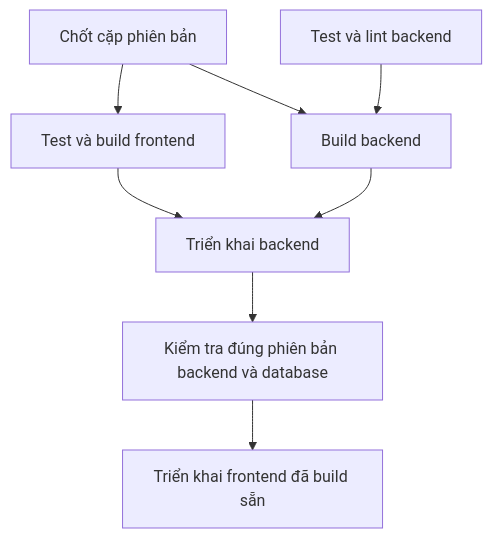
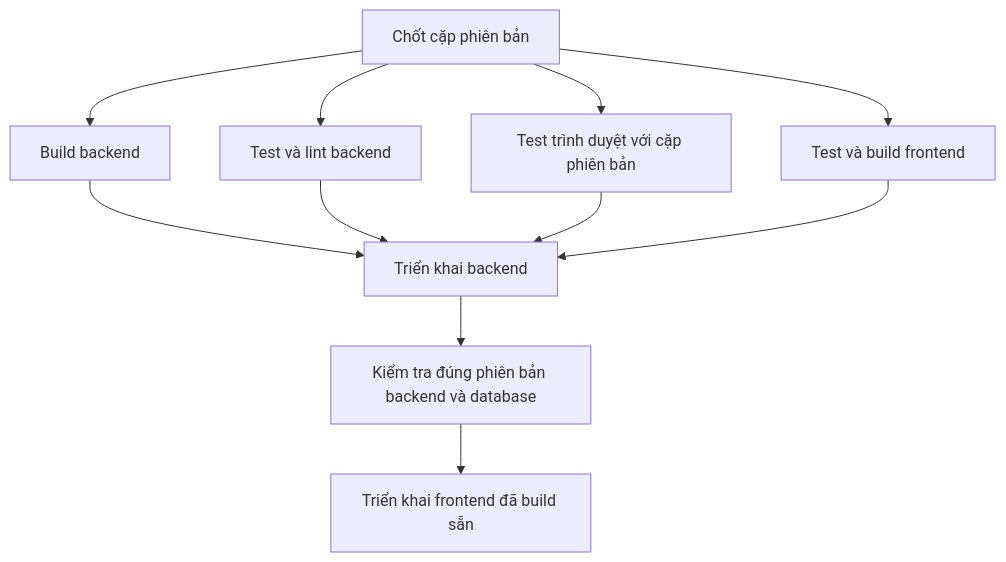
The diagram in deploy/README.md (thienbd203/pathnote), drawn with Mermaid before and after one commit. The commit also changed other lines of this file and 3 other files, not shown here.

````diff
--- a/deploy/README.md
+++ b/deploy/README.md
@@ -262,10 +262,13 @@
 ```mermaid
 flowchart TD
     Pair[Chốt cặp phiên bản] --> Web[Test và build frontend]
-    Check[Test và lint backend] --> Rust[Build backend]
+    Pair --> Check[Test và lint backend]
     Pair --> Rust
+    Pair --> Browser[Test trình duyệt với cặp phiên bản]
+    Rust[Build backend] --> DeployRust[Triển khai backend]
+    Check --> DeployRust
+    Browser --> DeployRust
     Web --> DeployRust[Triển khai backend]
-    Rust --> DeployRust
     DeployRust --> Health[Kiểm tra đúng phiên bản backend và database]
     Health --> DeployWeb[Triển khai frontend đã build sẵn]
 ```
````
